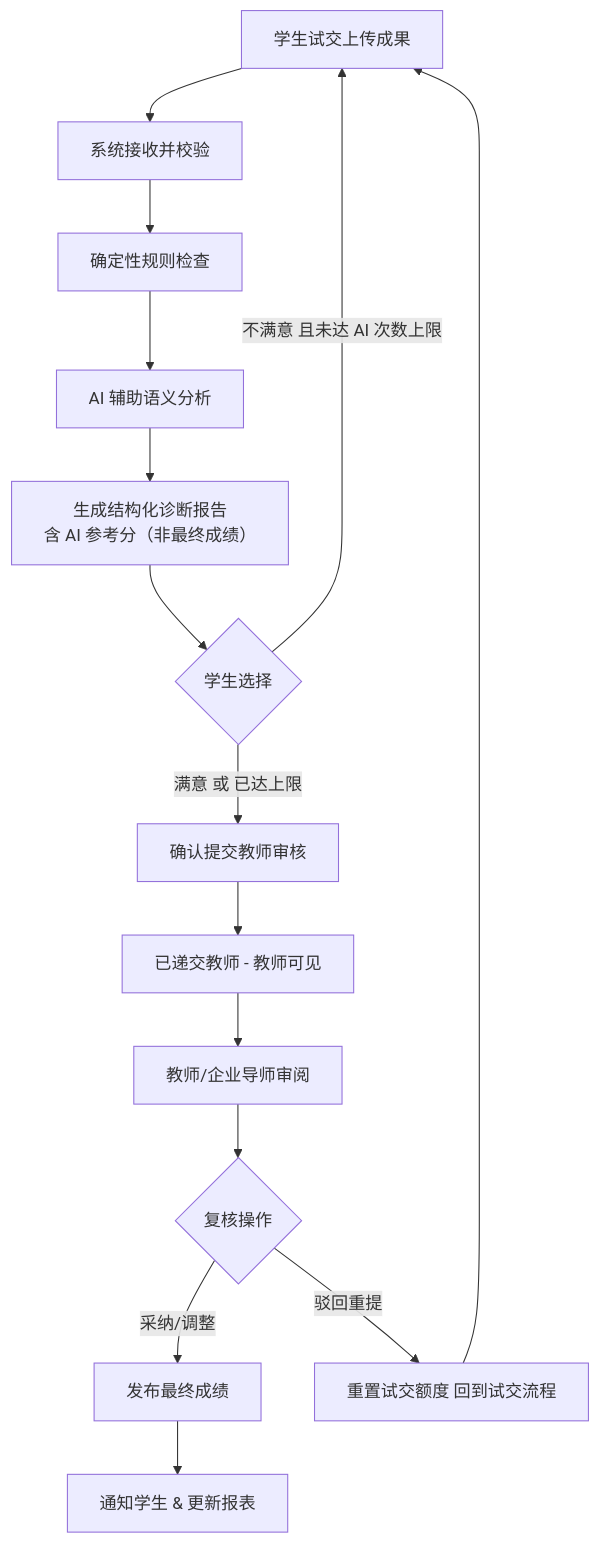
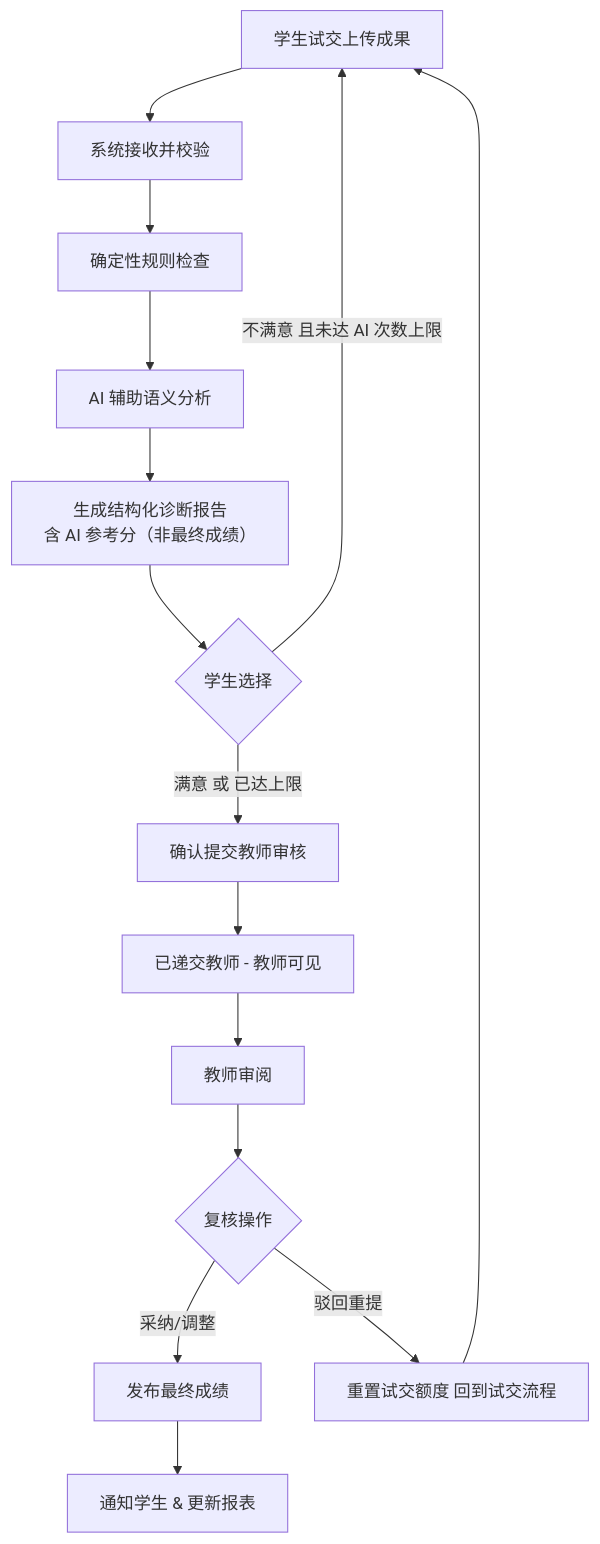
The diagram in docs/01-PRD-产品需求规格说明书.md (sunq821-byte/B1-platform), drawn with Mermaid before and after one commit. The commit also changed other lines of this file and 14 other files, not shown here.

````diff
--- a/docs/01-PRD-产品需求规格说明书.md
+++ b/docs/01-PRD-产品需求规格说明书.md
@@ -285,17 +313,17 @@
 ```mermaid
 flowchart TD
     A[学生试交上传成果] --> B[系统接收并校验]
     B --> C[确定性规则检查]
     C --> D[AI 辅助语义分析]
     D --> E["生成结构化诊断报告<br/>含 AI 参考分（非最终成绩）"]
     E --> F{学生选择}
     F -->|不满意 且未达 AI 次数上限| A
     F -->|满意 或 已达上限| G[确认提交教师审核]
     G --> H[已递交教师 - 教师可见]
-    H --> I[教师/企业导师审阅]
+    H --> I[教师审阅]
     I --> J{复核操作}
     J -->|采纳/调整| K[发布最终成绩]
     J -->|驳回重提| L[重置试交额度 回到试交流程]
     K --> M[通知学生 & 更新报表]
     L --> A
 ```
````
